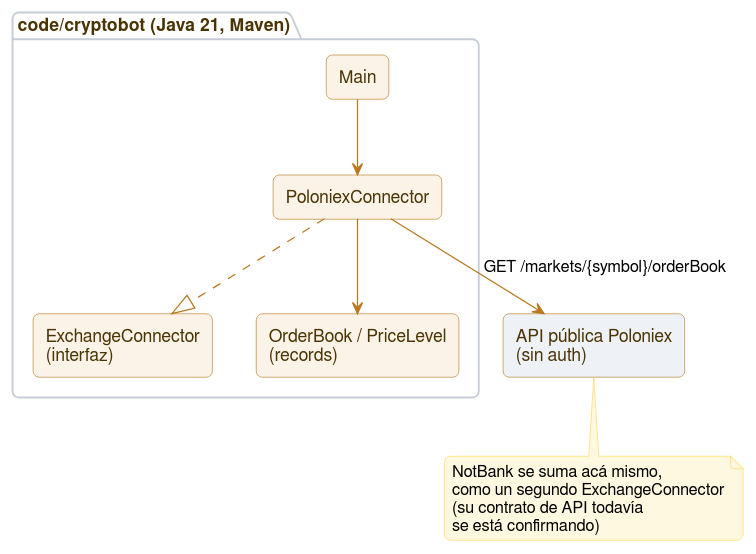
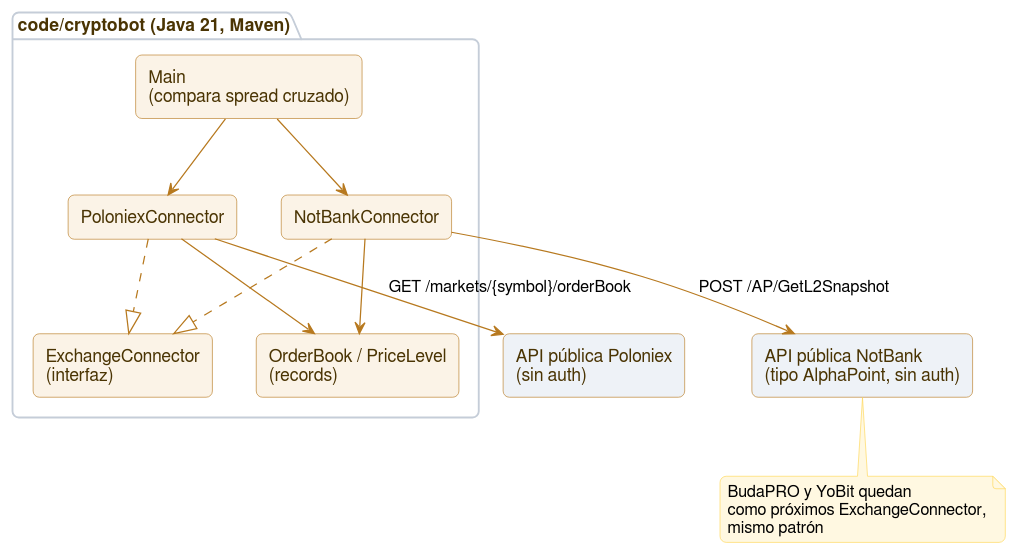
The diagram in docs/arquitectura.md (marcelocanales/cryptobot), drawn with PlantUML before and after one commit. The commit also changed other lines of this file and 6 other files, not shown here.

First line of the commit message:
Sprint 0002: conector NotBank + spread cruzado real Poloniex/NotBank

````diff
--- a/docs/arquitectura.md
+++ b/docs/arquitectura.md
@@ -9,38 +9,44 @@
 ```plantuml
 @startuml
 ' --- Estilo Cryptobot (ver _assets/cryptobot-style.puml) ---
 skinparam backgroundColor #FFFFFF
 skinparam defaultFontName "FreeSans"
 skinparam shadowing false
 skinparam roundCorner 10
 skinparam ArrowColor #B7791F
 skinparam rectangle {
   BackgroundColor #FBF3E7
   BorderColor #B7791F
   FontColor #4A3403
 }
 skinparam package {
   BackgroundColor #FFFFFF
   BorderColor #C5CDD8
   FontColor #4A3403
 }
 skinparam note {
   BackgroundColor #FFF8E1
   BorderColor #FFD54F
 }
 ' -------------------------------------------------
 package "code/cryptobot (Java 21, Maven)" {
-  rectangle "Main" as MAIN
+  rectangle "Main\n(compara spread cruzado)" as MAIN
   rectangle "ExchangeConnector\n(interfaz)" as IFACE
   rectangle "PoloniexConnector" as POLO
+  rectangle "NotBankConnector" as NB
   rectangle "OrderBook / PriceLevel\n(records)" as MODEL
 }
-rectangle "API pública Poloniex\n(sin auth)" as API #EEF2F7
+rectangle "API pública Poloniex\n(sin auth)" as APIP #EEF2F7
+rectangle "API pública NotBank\n(tipo AlphaPoint, sin auth)" as APIN #EEF2F7
 
 MAIN --> POLO
+MAIN --> NB
 POLO ..|> IFACE
+NB ..|> IFACE
 POLO --> MODEL
-POLO --> API : GET /markets/{symbol}/orderBook
-note bottom of API : NotBank se suma acá mismo,\ncomo un segundo ExchangeConnector\n(su contrato de API todavía\nse está confirmando)
+NB --> MODEL
+POLO --> APIP : GET /markets/{symbol}/orderBook
+NB --> APIN : POST /AP/GetL2Snapshot
+note bottom of APIN : BudaPRO y YoBit quedan\ncomo próximos ExchangeConnector,\nmismo patrón
 @enduml
 ```
````
